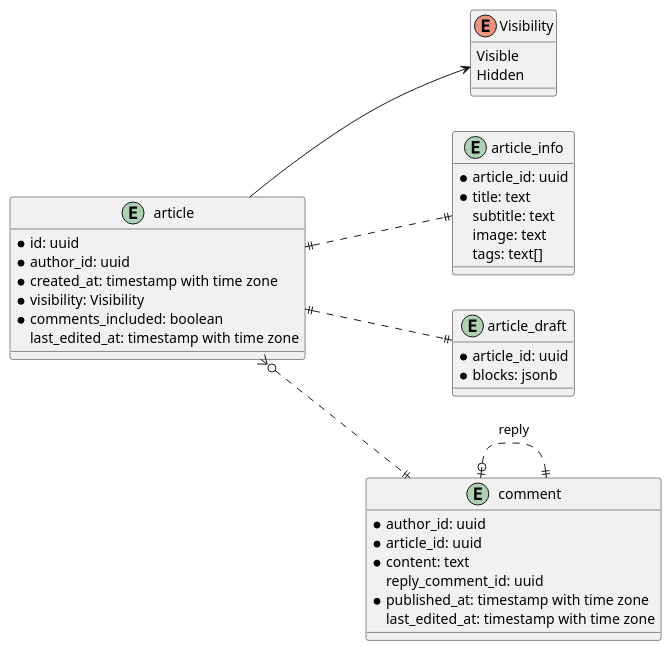
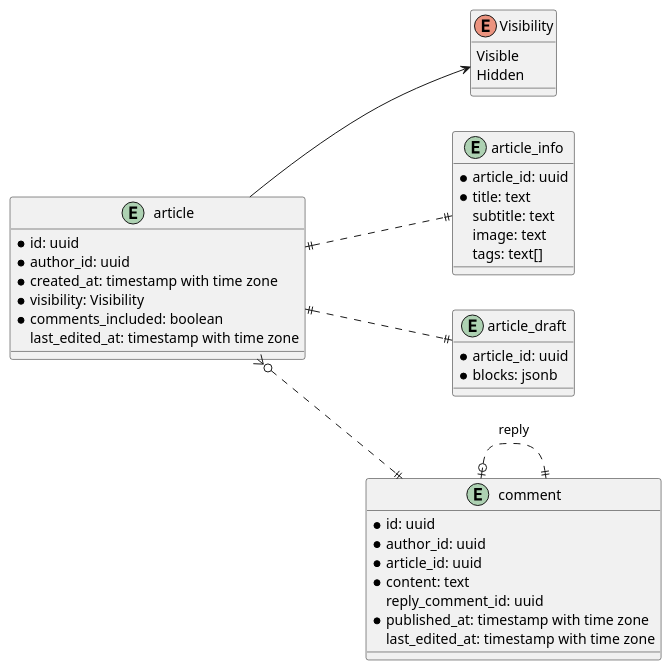
Before and after one commit to Nike073i/road-safety: the diagram in docs/design/entity-relationships/articles.puml, drawn with PlantUML.

Commit message:
chg: добавлен Id в сущности комментария

```diff
--- a/docs/design/entity-relationships/articles.puml
+++ b/docs/design/entity-relationships/articles.puml
@@ -1,47 +1,48 @@
 @startuml articles
 left to right direction
 
 entity article {
     *id: uuid
     *author_id: uuid
     *created_at: timestamp with time zone
     *visibility: Visibility
     *comments_included: boolean
     last_edited_at: timestamp with time zone
 }
 
 enum Visibility {
     Visible
     Hidden
 }
 
 entity article_info {
     *article_id: uuid
     *title: text
     subtitle: text
     image: text
     tags: text[]
 }
 
 entity article_draft {
     *article_id: uuid
     *blocks: jsonb
 }
 
 entity comment {
+    *id: uuid
     *author_id: uuid
     *article_id: uuid
     *content: text
     reply_comment_id: uuid
     *published_at: timestamp with time zone
     last_edited_at: timestamp with time zone
 }
 
 article ||..|| article_info
 article ||..|| article_draft
 article --> Visibility
 
 article }o..|| comment
 comment |o..|| comment : reply
 
 @enduml
```
